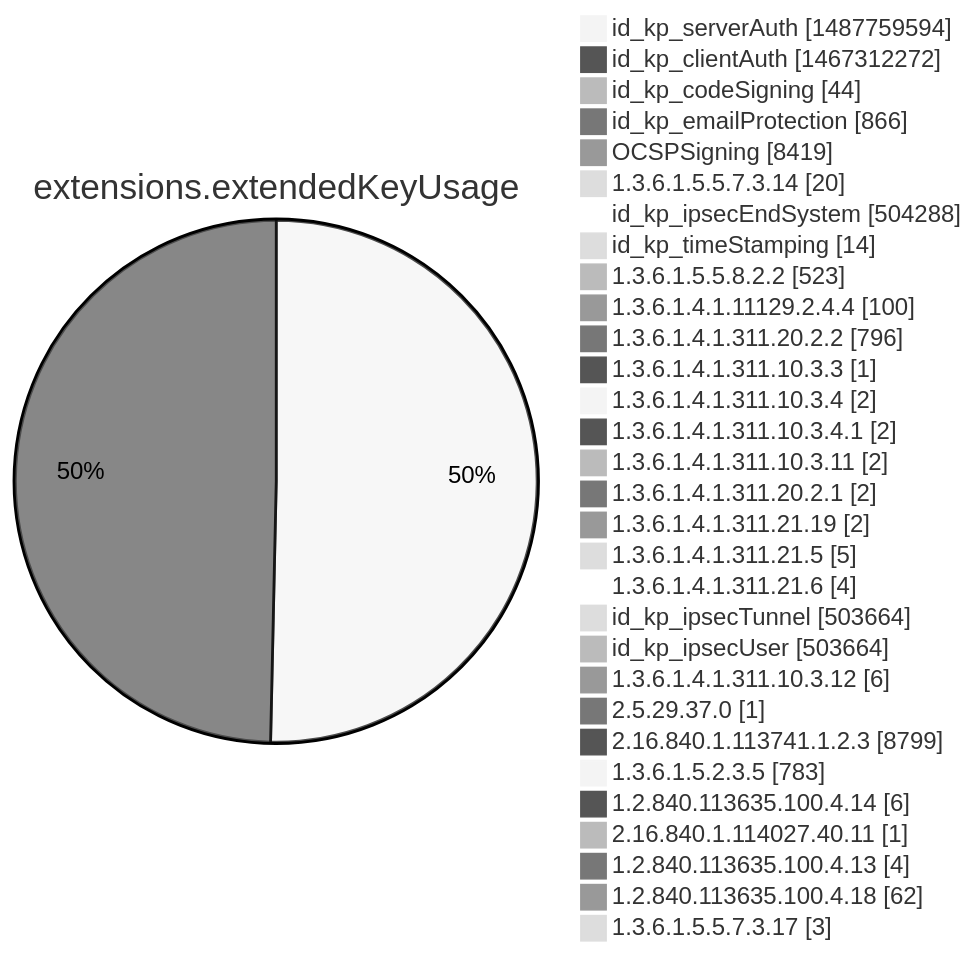
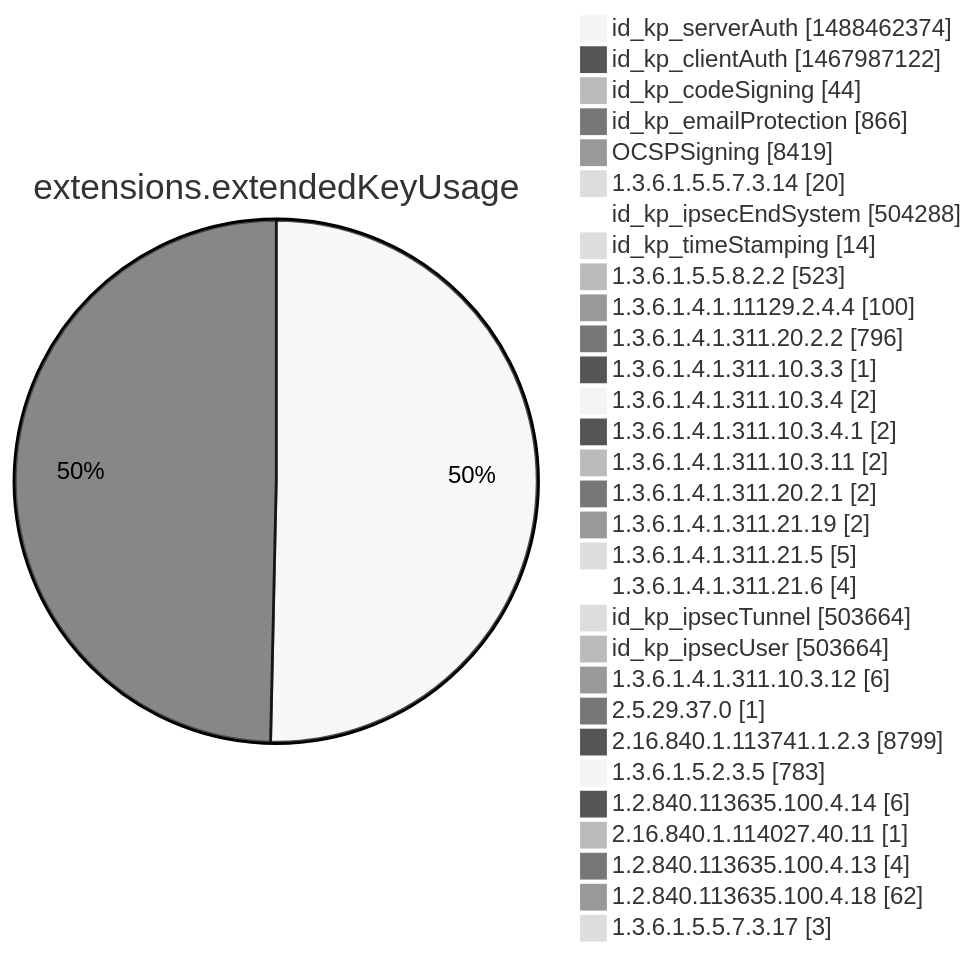
Before and after one commit to christiankrug/ctmonitor_visualization: diagram 12 of 15 in argon2022/README.md, drawn with Mermaid (neutral theme). The commit also changed other lines of this file, not shown here.

````diff
--- a/argon2022/README.md
+++ b/argon2022/README.md
@@ -3555,34 +3555,34 @@
 ```mermaid
 pie showData
 title extensions.extendedKeyUsage
-"id_kp_serverAuth" :1487759594
-"id_kp_clientAuth" :1467312272
+"id_kp_serverAuth" :1488462374
+"id_kp_clientAuth" :1467987122
 "id_kp_codeSigning" :44
 "id_kp_emailProtection" :866
 "OCSPSigning" :8419
 "1.3.6.1.5.5.7.3.14" :20
 "id_kp_ipsecEndSystem" :504288
 "id_kp_timeStamping" :14
 "1.3.6.1.5.5.8.2.2" :523
 "1.3.6.1.4.1.11129.2.4.4" :100
 "1.3.6.1.4.1.311.20.2.2" :796
 "1.3.6.1.4.1.311.10.3.3" :1
 "1.3.6.1.4.1.311.10.3.4" :2
 "1.3.6.1.4.1.311.10.3.4.1" :2
 "1.3.6.1.4.1.311.10.3.11" :2
 "1.3.6.1.4.1.311.20.2.1" :2
 "1.3.6.1.4.1.311.21.19" :2
 "1.3.6.1.4.1.311.21.5" :5
 "1.3.6.1.4.1.311.21.6" :4
 "id_kp_ipsecTunnel" :503664
 "id_kp_ipsecUser" :503664
 "1.3.6.1.4.1.311.10.3.12" :6
 "2.5.29.37.0" :1
 "2.16.840.1.113741.1.2.3" :8799
 "1.3.6.1.5.2.3.5" :783
 "1.2.840.113635.100.4.14" :6
 "2.16.840.1.114027.40.11" :1
 "1.2.840.113635.100.4.13" :4
 "1.2.840.113635.100.4.18" :62
 "1.3.6.1.5.5.7.3.17" :3
 ```
````
